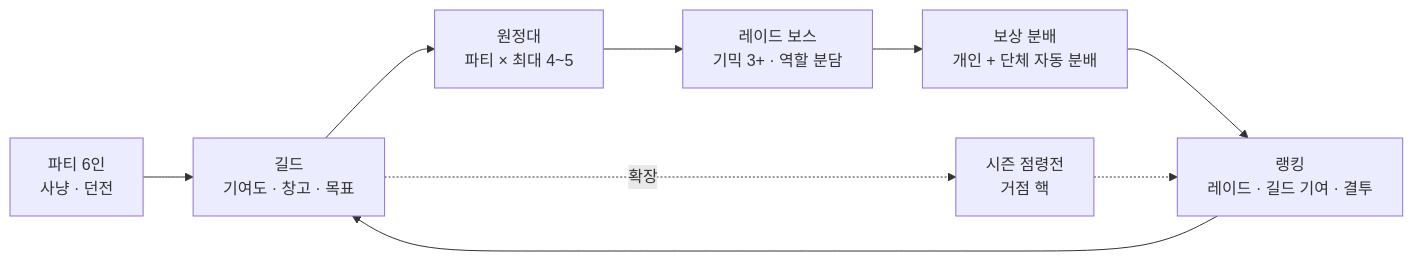
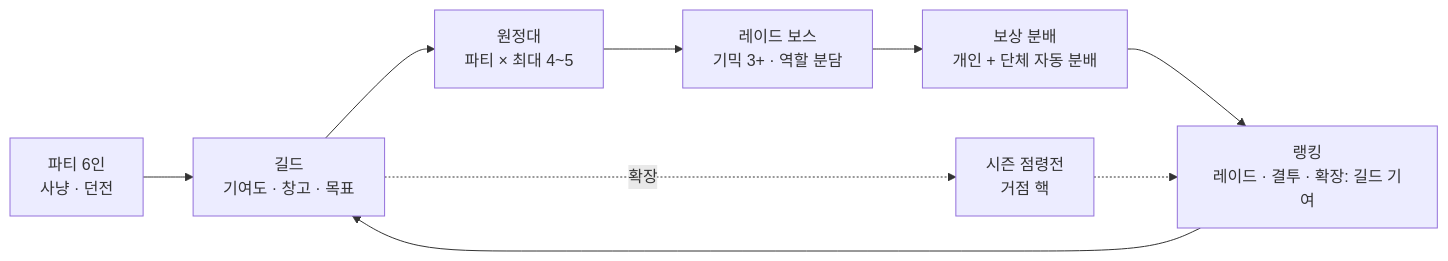
Before and after one commit to Armgimozi/nai-cg-maker: the third of 5 diagrams in design/02_concept.md, drawn with Mermaid. The commit also changed other lines of this file and 4 other files, not shown here.

````diff
--- a/design/02_concept.md
+++ b/design/02_concept.md
@@ -148,11 +149,11 @@
 ```mermaid
 flowchart LR
     P[파티 6인<br/>사냥 · 던전] --> G[길드<br/>기여도 · 창고 · 목표]
     G --> E[원정대<br/>파티 × 최대 4~5]
     E --> R[레이드 보스<br/>기믹 3+ · 역할 분담]
     R --> D[보상 분배<br/>개인 + 단체 자동 분배]
-    D --> K[랭킹<br/>레이드 · 길드 기여 · 결투]
+    D --> K[랭킹<br/>레이드 · 결투 · 확장: 길드 기여]
     K --> G
     G -.확장.-> W[시즌 점령전<br/>거점 핵]
     W -.-> K
 ```
````
